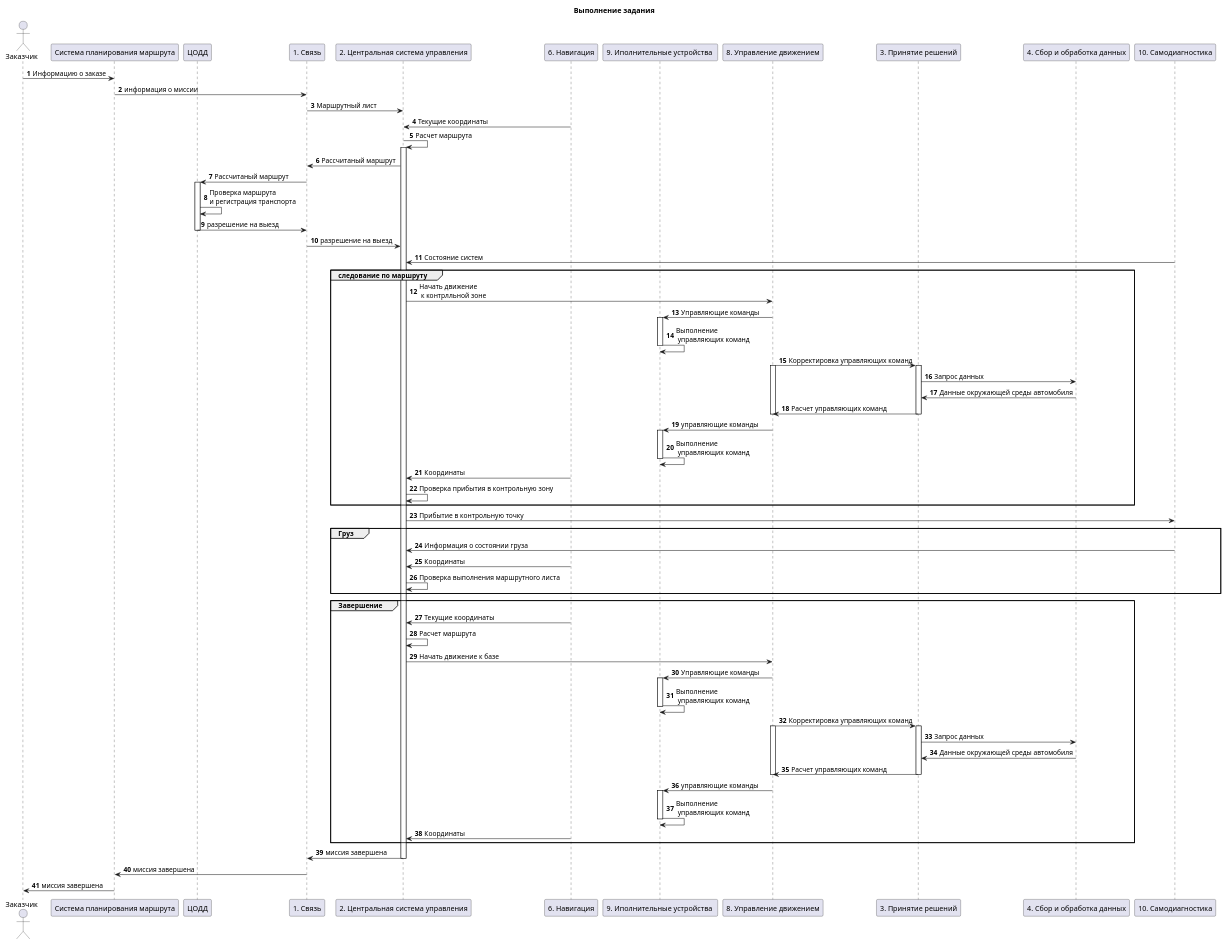
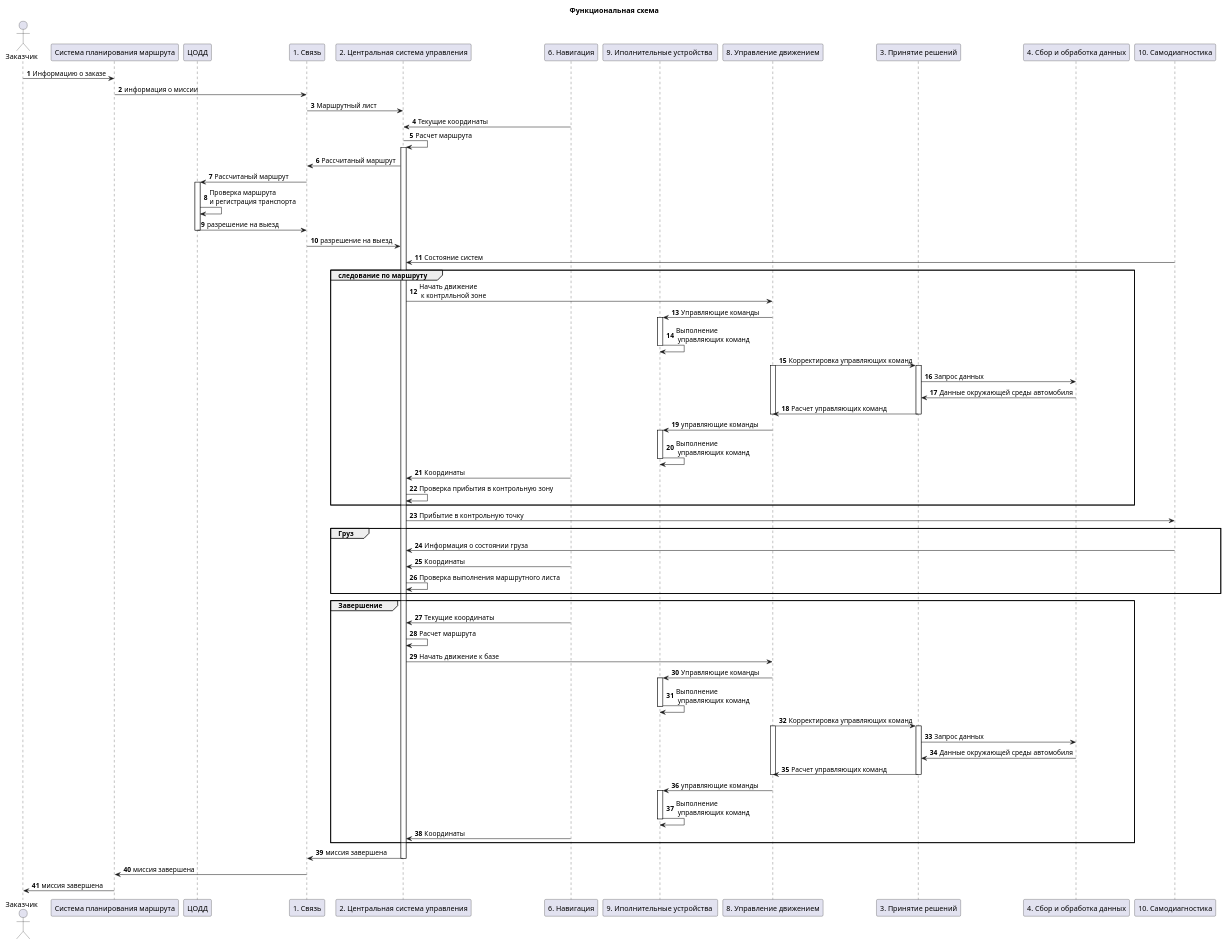
One commit to hedgehogsooo/conditionteams changed the diagram in images/functional _diagram.puml. Above: the diagram before and after it, drawn with PlantUML. The commit also changed 4 other files, not shown here.

```diff
--- a/images/functional _diagram.puml
+++ b/images/functional _diagram.puml
@@ -1,88 +1,88 @@
 @startuml Функциональная схема
-title Выполнение задания
+title Функциональная схема
 autonumber
 
 
 actor "Заказчик" as operator
 participant "Система планирования маршрута" as planingsystem
 participant "ЦОДД" as TSODD
 participant "1. Связь" as connection
 participant "2. Центральная система управления" as centralsystem
 participant "6. Навигация" as navigation
 participant "9. Иполнительные устройства " as actuators 
 participant "8. Управление движением" as traficcontrol
 participant "3. Принятие решений" as spr
 participant "4. Сбор и обработка данных" as data
 participant "10. Самодиагностика" as diagnoctik
 
 
 operator -> planingsystem: Информацию о заказе
 planingsystem-> connection: информация о миссии
 connection -> centralsystem : Маршрутный лист
 navigation -> centralsystem : Текущие координаты
 centralsystem -> centralsystem ++: Расчет маршрута
 centralsystem -> connection: Рассчитаный маршрут
 connection -> TSODD ++: Рассчитаный маршрут
 TSODD -> TSODD : Проверка маршрута \nи регистрация транспорта
 TSODD -> connection--: разрешение на выезд 
 connection -> centralsystem : разрешение на выезд 
 diagnoctik -> centralsystem : Состояние систем 
 
 
 group следование по маршруту
 centralsystem ->  traficcontrol: Начать движение \n к контрлльной зоне
 traficcontrol -> actuators++: Управляющие команды
 actuators -> actuators--: Выполнение \n управляющих команд
 traficcontrol -> spr: Корректировка управляющих команд
 traficcontrol++
 spr++
 spr -> data: Запрос данных
 data -> spr: Данные окружающей среды автомобиля
 spr -> traficcontrol: Расчет управляющих команд
 spr--
 traficcontrol--
 traficcontrol -> actuators++: управляющие команды
 actuators -> actuators--: Выполнение \n управляющих команд
 navigation -> centralsystem: Координаты
 centralsystem -> centralsystem: Проверка прибытия в контрольную зону
 end
 
 
 centralsystem -> diagnoctik: Прибытие в контрольную точку
 group Груз
 diagnoctik -> centralsystem: Информация о состоянии груза
 navigation -> centralsystem: Координаты
 centralsystem -> centralsystem: Проверка выполнения маршрутного листа
 end
 
 
 group Завершение 
 navigation -> centralsystem: Текущие координаты
 centralsystem -> centralsystem: Расчет маршрута
 centralsystem ->  traficcontrol: Начать движение к базе 
 traficcontrol -> actuators++: Управляющие команды
 actuators -> actuators--: Выполнение \n управляющих команд
 
 
 traficcontrol -> spr: Корректировка управляющих команд
 traficcontrol++
 spr++
 spr -> data: Запрос данных
 data -> spr: Данные окружающей среды автомобиля
 spr -> traficcontrol: Расчет управляющих команд
 spr--
 traficcontrol--
 
 traficcontrol -> actuators++: управляющие команды
 actuators -> actuators--: Выполнение \n управляющих команд
 navigation -> centralsystem: Координаты
 end
 
 
 centralsystem -> connection--: миссия завершена
 connection -> planingsystem: миссия завершена 
 planingsystem -> operator: миссия завершена
 
 
 
 @enduml
```
